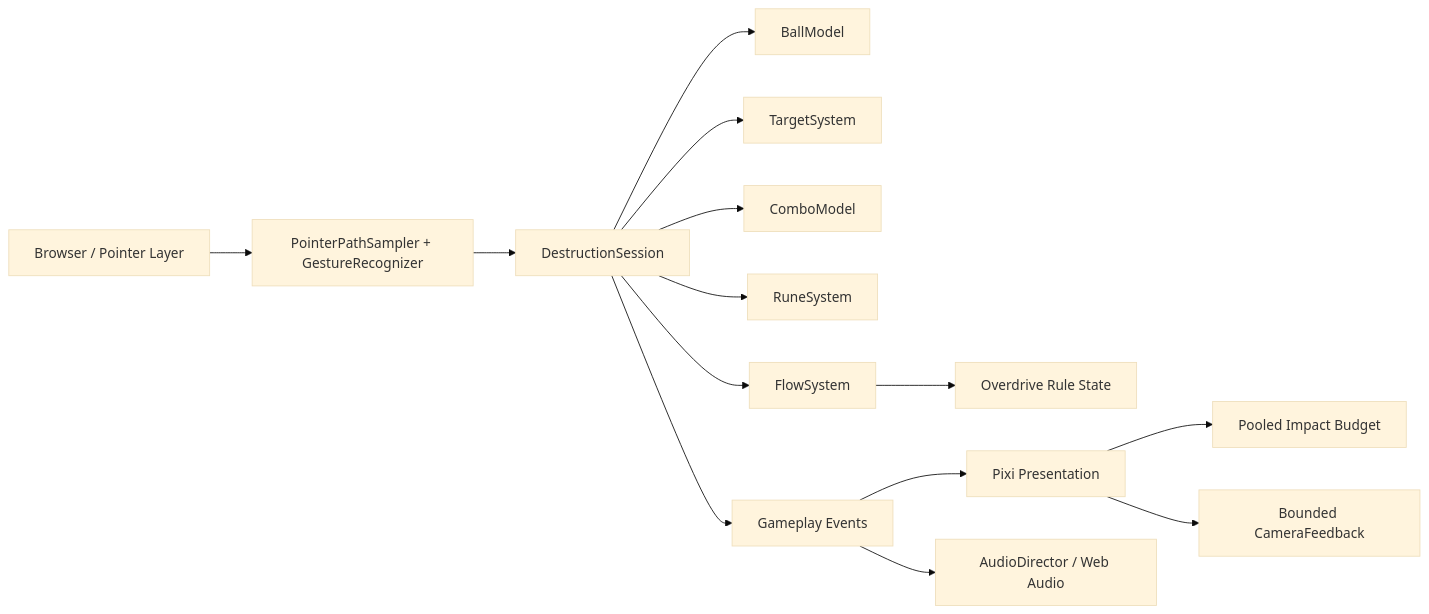
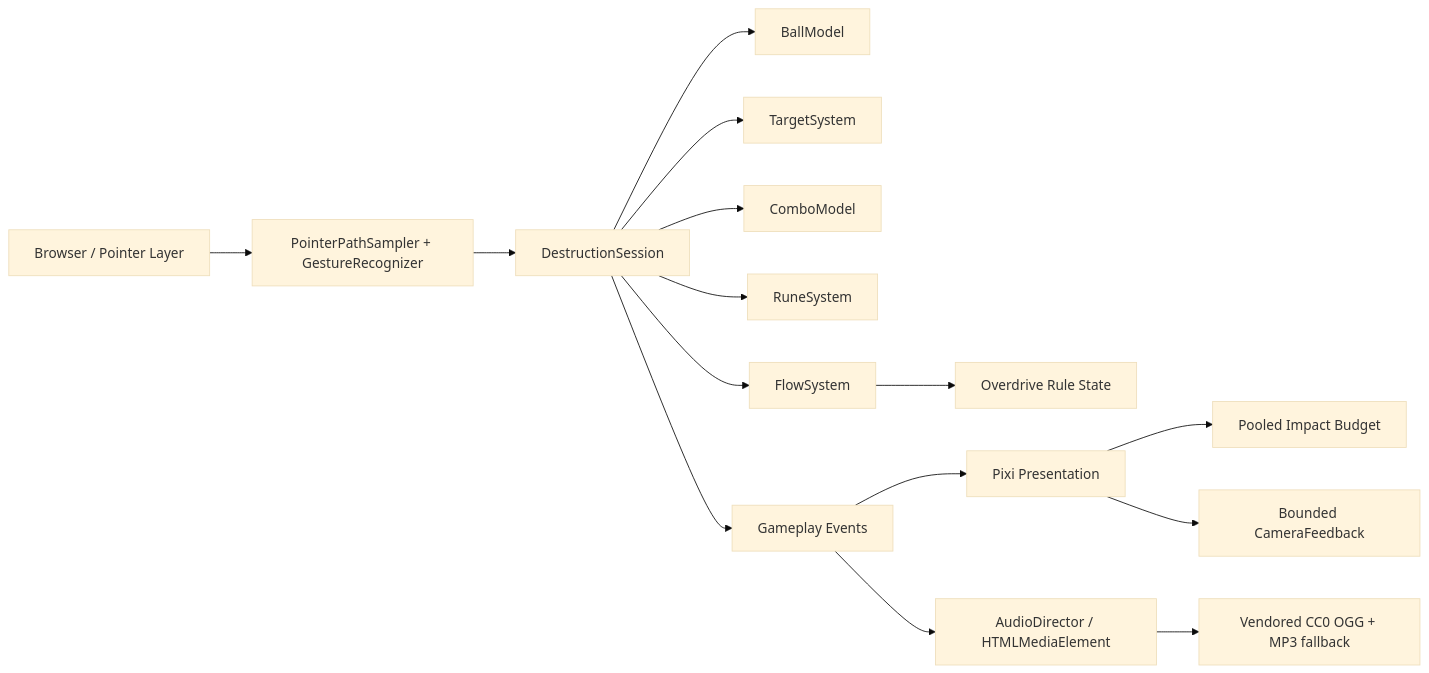
Before and after one commit to zeroLR/2D-game-playground: the diagram in rune-ball/README.md, drawn with Mermaid (base theme). The commit also changed other lines of this file, not shown here.

Commit message:
docs(rune-ball): describe P5.2 asset audio path

````diff
--- a/rune-ball/README.md
+++ b/rune-ball/README.md
@@ -43,16 +47,17 @@
 ```mermaid
 flowchart LR
   Browser[Browser / Pointer Layer] --> Gesture[PointerPathSampler + GestureRecognizer]
   Gesture --> Session[DestructionSession]
   Session --> Ball[BallModel]
   Session --> Targets[TargetSystem]
   Session --> Combo[ComboModel]
   Session --> Runes[RuneSystem]
   Session --> Flow[FlowSystem]
   Flow --> OD[Overdrive Rule State]
   Session --> Events[Gameplay Events]
   Events --> Scene[Pixi Presentation]
-  Events --> Audio[AudioDirector / Web Audio]
+  Events --> Audio[AudioDirector / HTMLMediaElement]
+  Audio --> Assets[Vendored CC0 OGG + MP3 fallback]
   Scene --> Pool[Pooled Impact Budget]
   Scene --> Camera[Bounded CameraFeedback]
 ```
````
